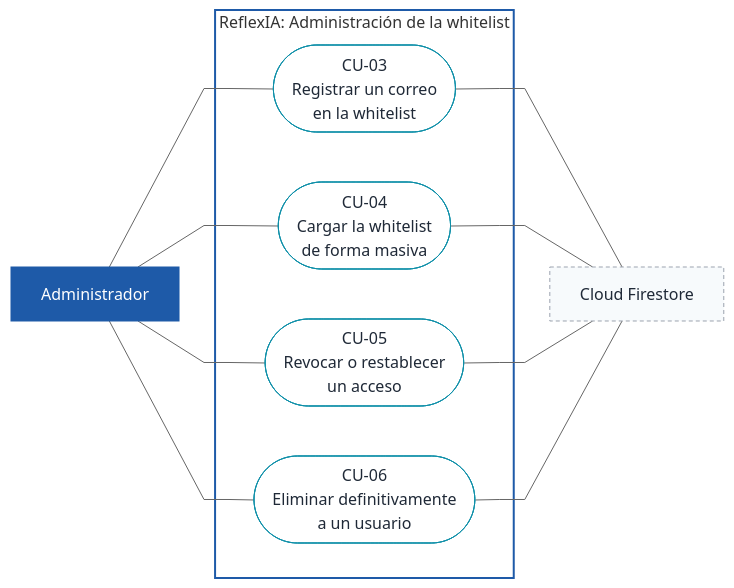
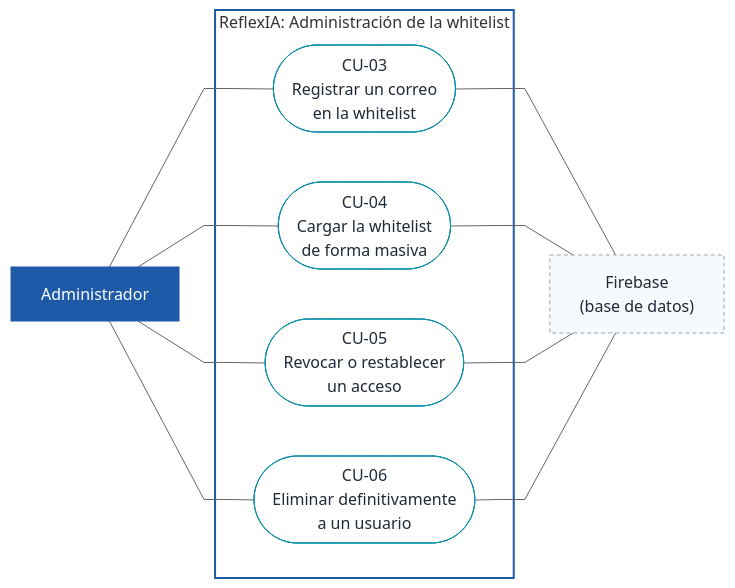
One commit to gvbr-iel/reflexIA changed the second of 7 diagrams in docs/especificacion/09-diagramas-casos-de-uso.md. Above: the diagram before and after it, drawn with Mermaid. The commit also changed other lines of this file and 21 other files, not shown here.

````diff
--- a/docs/especificacion/09-diagramas-casos-de-uso.md
+++ b/docs/especificacion/09-diagramas-casos-de-uso.md
@@ -69,27 +75,27 @@
 ```mermaid
 %%{init: {"theme":"neutral","flowchart":{"curve":"linear"}}}%%
 flowchart LR
   adm["Administrador"]:::actor
-  fs["Cloud Firestore"]:::ext
+  fs["Firebase<br/>(base de datos)"]:::ext
 
   subgraph SIS["ReflexIA: Administración de la whitelist"]
     CU03(["CU-03<br/>Registrar un correo<br/>en la whitelist"]):::uc
     CU04(["CU-04<br/>Cargar la whitelist<br/>de forma masiva"]):::uc
     CU05(["CU-05<br/>Revocar o restablecer<br/>un acceso"]):::uc
     CU06(["CU-06<br/>Eliminar definitivamente<br/>a un usuario"]):::uc
   end
 
   adm --- CU03
   adm --- CU04
   adm --- CU05
   adm --- CU06
   CU03 --- fs
   CU04 --- fs
   CU05 --- fs
   CU06 --- fs
 
   style SIS fill:none,stroke:#1E5AA8,stroke-width:2px
   classDef actor fill:#1E5AA8,stroke:#1E5AA8,color:#ffffff;
   classDef ext fill:#F7FAFC,stroke:#9CA3AF,color:#1F2937,stroke-dasharray:4 3;
   classDef uc fill:#ffffff,stroke:#0F8FA8,color:#1F2937;
 ```
````
